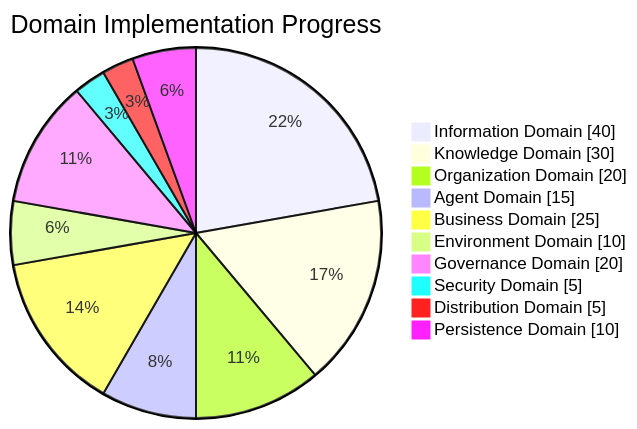
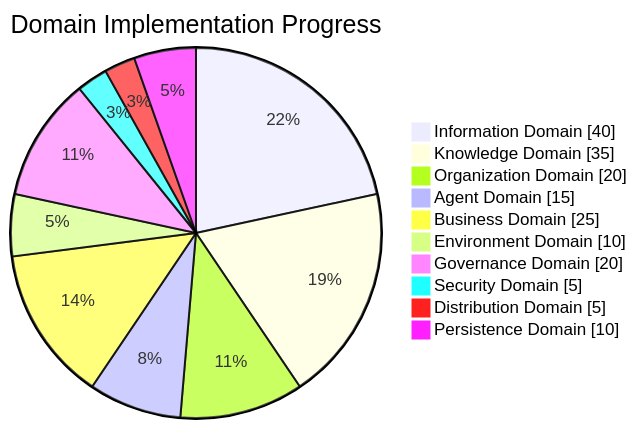
Before and after one commit to TheCowboyAI/cim: the second of 4 diagrams in docs/dashboard.md, drawn with Mermaid. The commit also changed other lines of this file, not shown here.

````diff
--- a/docs/dashboard.md
+++ b/docs/dashboard.md
@@ -29,14 +31,14 @@
 ```mermaid
 pie showData
     title Domain Implementation Progress
     "Information Domain" : 40
-    "Knowledge Domain" : 30
+    "Knowledge Domain" : 35
     "Organization Domain" : 20
     "Agent Domain" : 15
     "Business Domain" : 25
     "Environment Domain" : 10
     "Governance Domain" : 20
     "Security Domain" : 5
     "Distribution Domain" : 5
     "Persistence Domain" : 10
 ```
````
